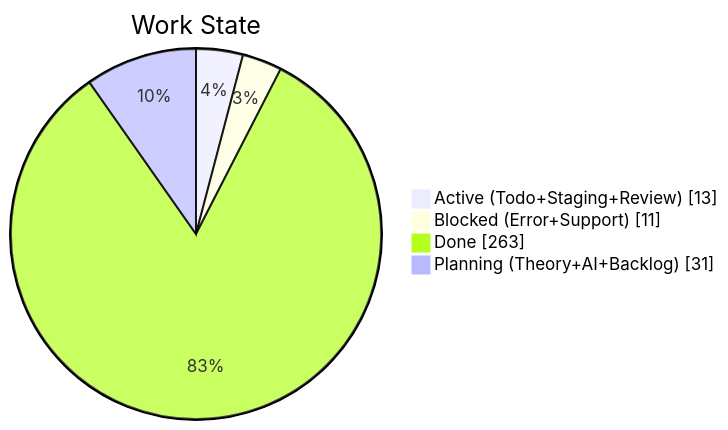
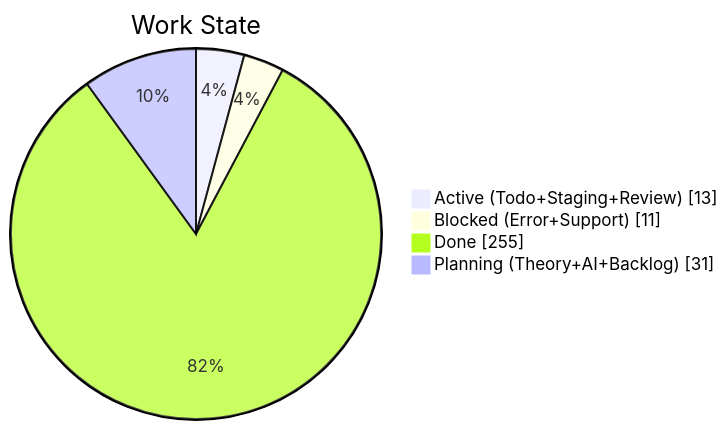
One commit to KBVE/kbve changed the second of 4 diagrams in apps/kbve/astro-kbve/src/content/docs/dashboard/kanban-data.mdx. Above: the diagram before and after it, drawn with Mermaid. The commit also changed other lines of this file and 8 other files, not shown here.

````diff
--- a/apps/kbve/astro-kbve/src/content/docs/dashboard/kanban-data.mdx
+++ b/apps/kbve/astro-kbve/src/content/docs/dashboard/kanban-data.mdx
@@ -68,8 +68,8 @@
 ```mermaid
 pie showData
     title Work State
     "Active (Todo+Staging+Review)" : 13
     "Blocked (Error+Support)" : 11
-    "Done" : 263
+    "Done" : 255
     "Planning (Theory+AI+Backlog)" : 31
 ```
````
